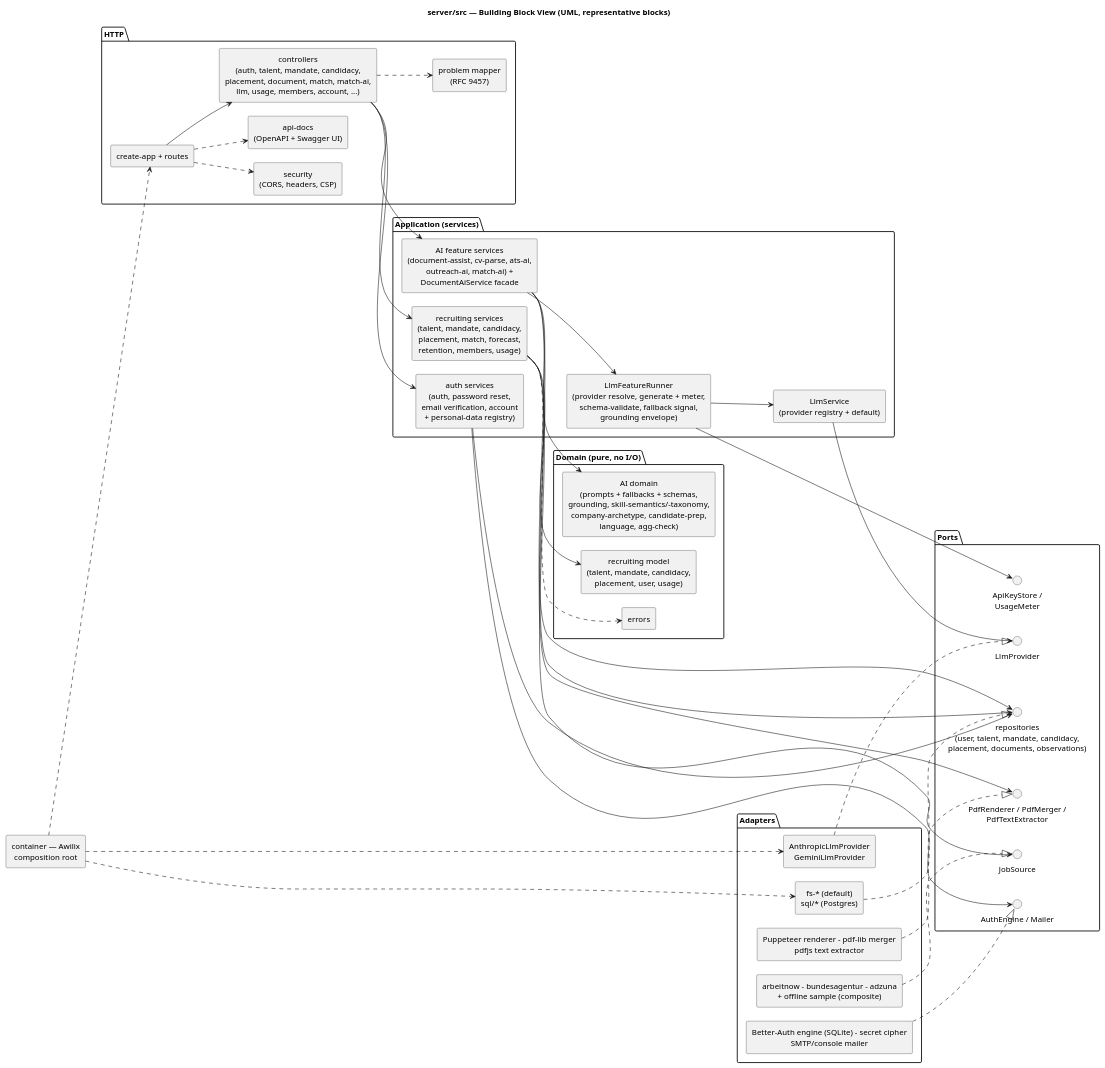
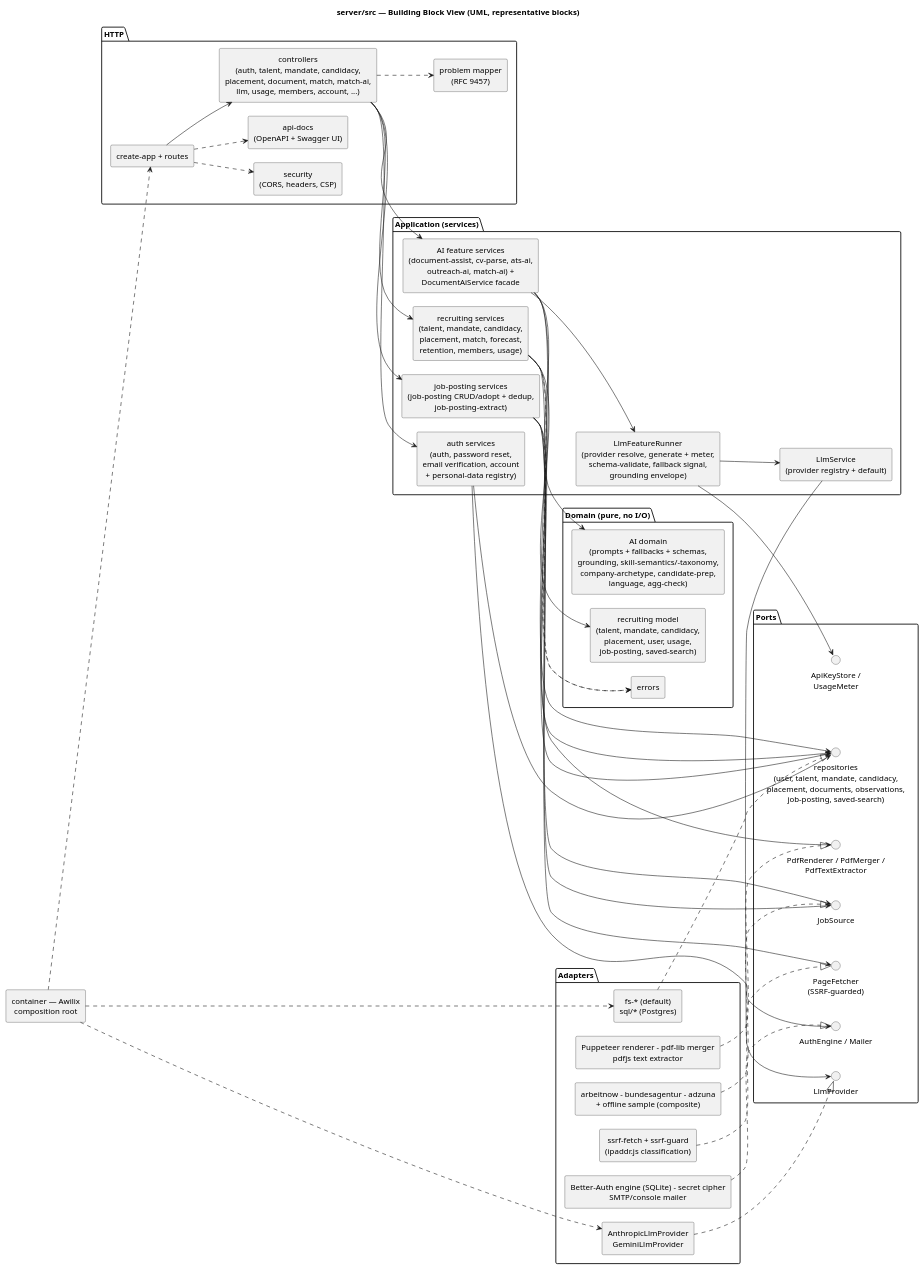
One commit to NexusHero/Resume changed the diagram in docs/umls/05_building_blocks.puml. Above: the diagram before and after it, drawn with PlantUML. The commit also changed 92 other files, not shown here.

```diff
--- a/docs/umls/05_building_blocks.puml
+++ b/docs/umls/05_building_blocks.puml
@@ -1,83 +1,92 @@
 @startuml 05_building_blocks
 title server/src — Building Block View (UML, representative blocks)
 
 skinparam shadowing false
 skinparam componentStyle rectangle
 skinparam defaultTextAlignment center
 skinparam nodesep 25
 skinparam ranksep 45
 left to right direction
 
 package "HTTP" {
   [create-app + routes] as App
   [controllers\n(auth, talent, mandate, candidacy,\nplacement, document, match, match-ai,\nllm, usage, members, account, ...)] as Ctrl
   [problem mapper\n(RFC 9457)] as Problem
   [security\n(CORS, headers, CSP)] as Security
   [api-docs\n(OpenAPI + Swagger UI)] as Docs
 }
 
 package "Application (services)" {
   [LlmFeatureRunner\n(provider resolve, generate + meter,\nschema-validate, fallback signal,\ngrounding envelope)] as Runner
   [AI feature services\n(document-assist, cv-parse, ats-ai,\noutreach-ai, match-ai) +\nDocumentAiService facade] as AiSvc
   [recruiting services\n(talent, mandate, candidacy,\nplacement, match, forecast,\nretention, members, usage)] as RecSvc
+  [job-posting services\n(job-posting CRUD/adopt + dedup,\njob-posting-extract)] as JobPostingSvc
   [auth services\n(auth, password reset,\nemail verification, account\n+ personal-data registry)] as AuthSvc
   [LlmService\n(provider registry + default)] as LlmSvc
 }
 
 package "Domain (pure, no I/O)" {
-  [recruiting model\n(talent, mandate, candidacy,\nplacement, user, usage)] as Model
+  [recruiting model\n(talent, mandate, candidacy,\nplacement, user, usage,\njob-posting, saved-search)] as Model
   [AI domain\n(prompts + fallbacks + schemas,\ngrounding, skill-semantics/-taxonomy,\ncompany-archetype, candidate-prep,\nlanguage, agg-check)] as AiDomain
   [errors] as DomainErrors
 }
 
 package "Ports" {
-  interface "repositories\n(user, talent, mandate, candidacy,\nplacement, documents, observations)" as Repos
+  interface "repositories\n(user, talent, mandate, candidacy,\nplacement, documents, observations,\njob-posting, saved-search)" as Repos
   interface LlmProvider
   interface "ApiKeyStore /\nUsageMeter" as Keys
   interface "AuthEngine / Mailer" as AuthPorts
   interface "PdfRenderer / PdfMerger /\nPdfTextExtractor" as PdfPorts
   interface JobSource
+  interface "PageFetcher\n(SSRF-guarded)" as PageFetcher
 }
 
 package "Adapters" {
   [fs-* (default)\nsql/* (Postgres)] as StoreAdapters
   [AnthropicLlmProvider\nGeminiLlmProvider] as LlmAdapters
   [Better-Auth engine (SQLite) - secret cipher\nSMTP/console mailer] as AuthAdapters
   [Puppeteer renderer - pdf-lib merger\npdfjs text extractor] as PdfAdapters
   [arbeitnow - bundesagentur - adzuna\n+ offline sample (composite)] as JobAdapters
+  [ssrf-fetch + ssrf-guard\n(ipaddr.js classification)] as SsrfAdapter
 }
 
 [container — Awilix\ncomposition root] as Container
 
 App --> Ctrl
 App ..> Security
 App ..> Docs
 Ctrl ..> Problem
 Ctrl --> AiSvc
 Ctrl --> RecSvc
 Ctrl --> AuthSvc
+Ctrl --> JobPostingSvc
 AiSvc --> Runner
 Runner --> LlmSvc
 Runner --> Keys
 AiSvc --> AiDomain
 RecSvc --> Model
 AuthSvc --> AuthPorts
 AiSvc --> Repos
 RecSvc --> Repos
 AuthSvc --> Repos
+JobPostingSvc --> Repos
+JobPostingSvc --> JobSource
+JobPostingSvc --> PageFetcher
 RecSvc ..> DomainErrors
+JobPostingSvc ..> DomainErrors
 AiSvc --> PdfPorts
 RecSvc --> JobSource
 LlmSvc --> LlmProvider
 
 StoreAdapters ..|> Repos
 LlmAdapters ..|> LlmProvider
 AuthAdapters ..|> AuthPorts
 PdfAdapters ..|> PdfPorts
 JobAdapters ..|> JobSource
+SsrfAdapter ..|> PageFetcher
 
 Container ..> StoreAdapters
 Container ..> LlmAdapters
 Container ..> App
 
 @enduml
```
